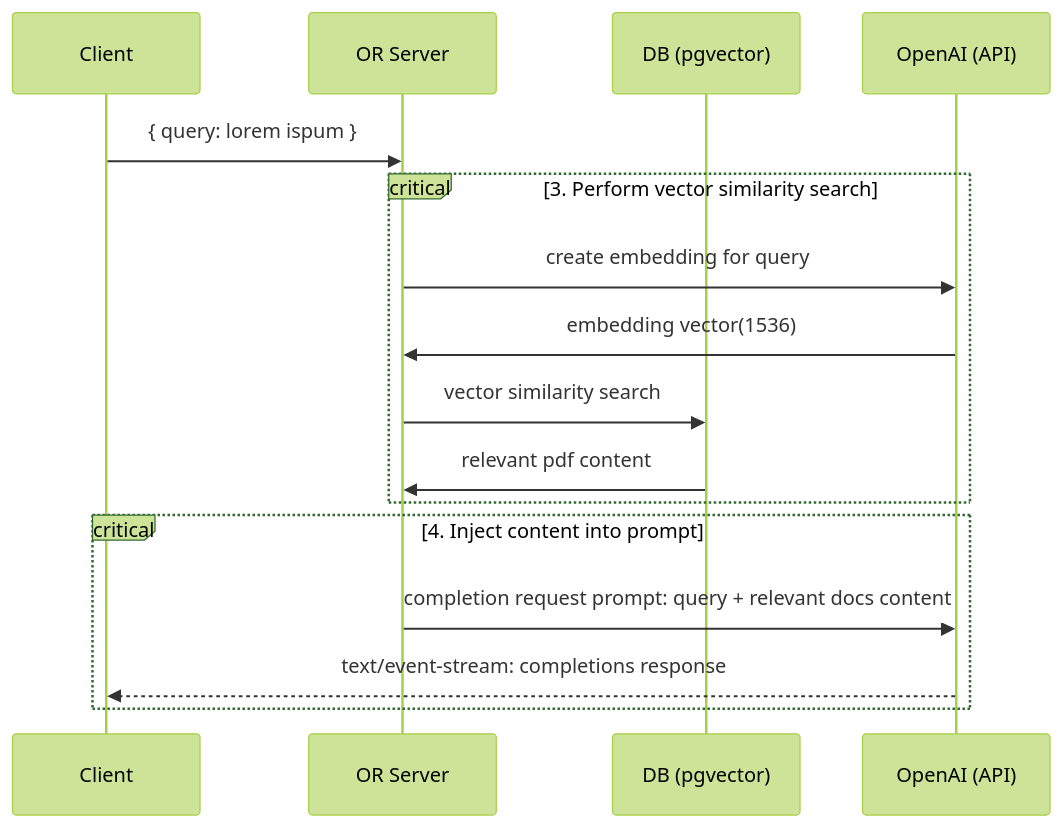
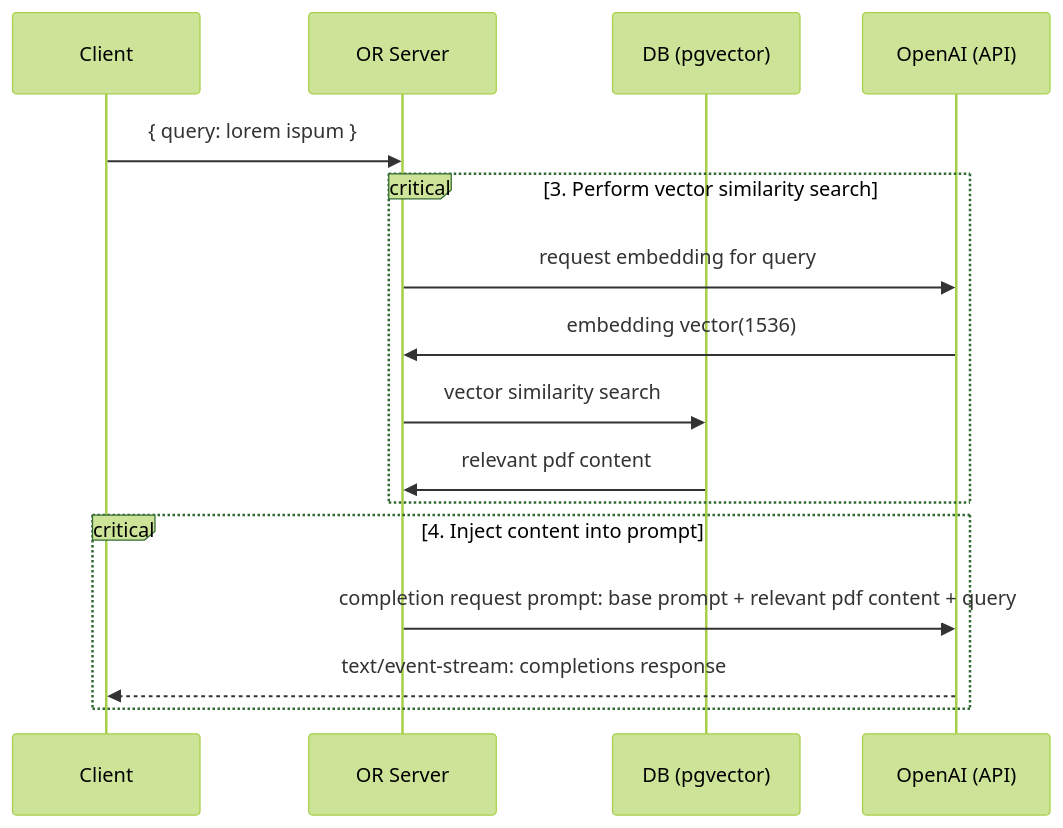
One commit to zbialecki/nextjs-openai-doc-search changed the second of 2 diagrams in README.md. Above: the diagram before and after it, drawn with Mermaid (forest theme). The commit also changed other lines of this file, not shown here.

Commit message:
More changes

````diff
--- a/README.md
+++ b/README.md
@@ -33,18 +33,18 @@
 ```mermaid
 sequenceDiagram
     participant Client
     participant OR Server
     participant DB (pgvector)
     participant OpenAI (API)
     Client->>OR Server: { query: lorem ispum }
     critical 3. Perform vector similarity search
-        OR Server->>OpenAI (API): create embedding for query
+        OR Server->>OpenAI (API): request embedding for query
         OpenAI (API)->>OR Server: embedding vector(1536)
         OR Server->>DB (pgvector): vector similarity search
         DB (pgvector)->>OR Server: relevant pdf content
     end
     critical 4. Inject content into prompt
-        OR Server->>OpenAI (API): completion request prompt: query + relevant docs content
+        OR Server->>OpenAI (API): completion request prompt: base prompt + relevant pdf content + query
         OpenAI (API)-->>Client: text/event-stream: completions response
     end
 ```
````
